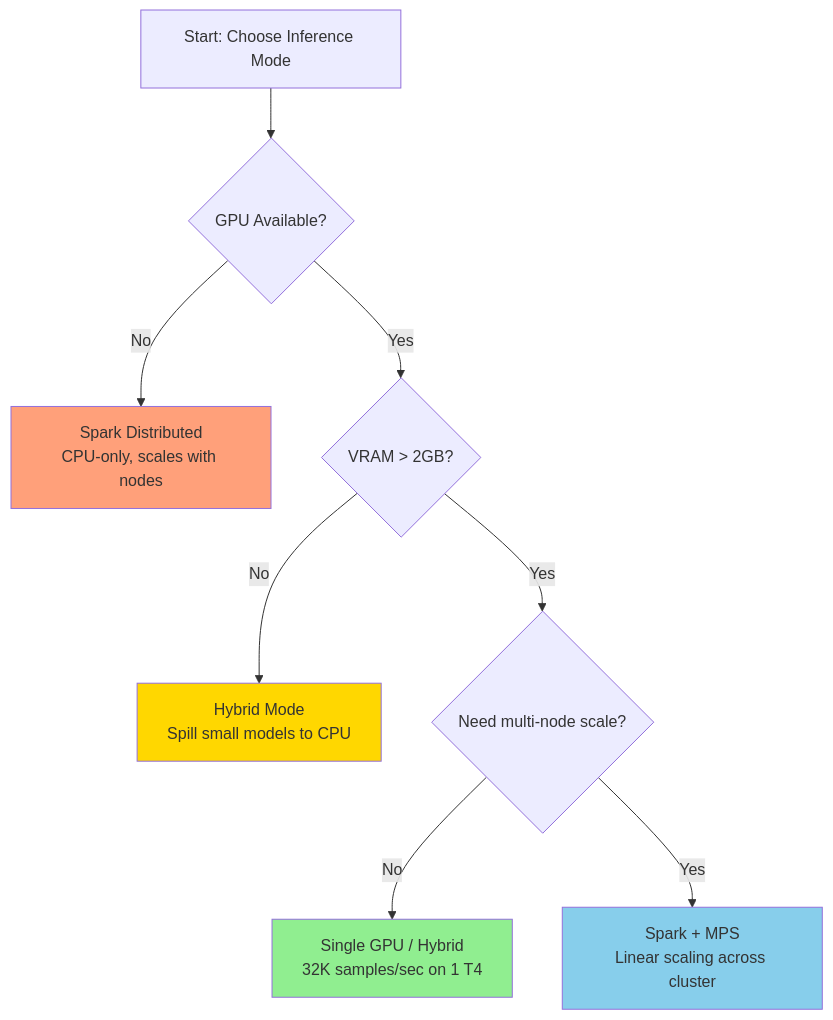
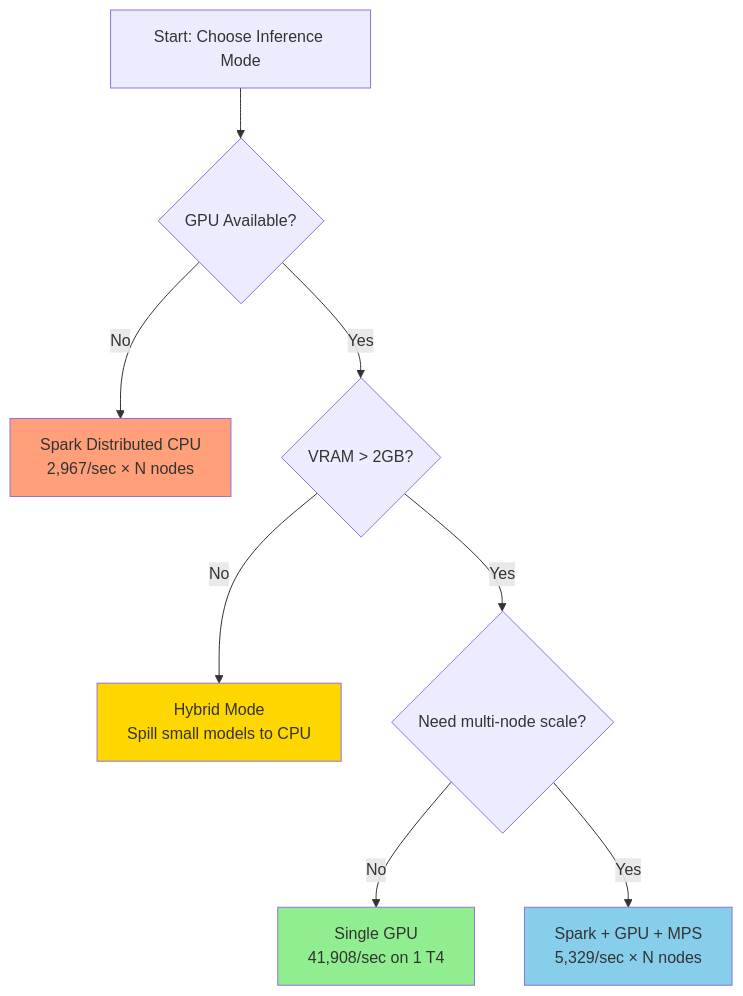
One commit to KRISHNA049039/multidimensional_spark_Poc changed the fifth of 5 diagrams in pytorch-spark-inference-platform/docs/benchmark.md. Above: the diagram before and after it, drawn with Mermaid. The commit also changed other lines of this file, not shown here.

````diff
--- a/pytorch-spark-inference-platform/docs/benchmark.md
+++ b/pytorch-spark-inference-platform/docs/benchmark.md
@@ -185,15 +186,15 @@
 ```mermaid
 flowchart TD
     A[Start: Choose Inference Mode] --> B{GPU Available?}
-    B -->|No| C[Spark Distributed<br/>CPU-only, scales with nodes]
+    B -->|No| C[Spark Distributed CPU<br/>2,967/sec × N nodes]
     B -->|Yes| D{VRAM > 2GB?}
     D -->|No| E[Hybrid Mode<br/>Spill small models to CPU]
     D -->|Yes| F{Need multi-node scale?}
-    F -->|No| G[Single GPU / Hybrid<br/>32K samples/sec on 1 T4]
-    F -->|Yes| H[Spark + MPS<br/>Linear scaling across cluster]
+    F -->|No| G[Single GPU<br/>41,908/sec on 1 T4]
+    F -->|Yes| H[Spark + GPU + MPS<br/>5,329/sec × N nodes]
 
     style G fill:#90EE90
     style H fill:#87CEEB
     style E fill:#FFD700
     style C fill:#FFA07A
 ```
````
